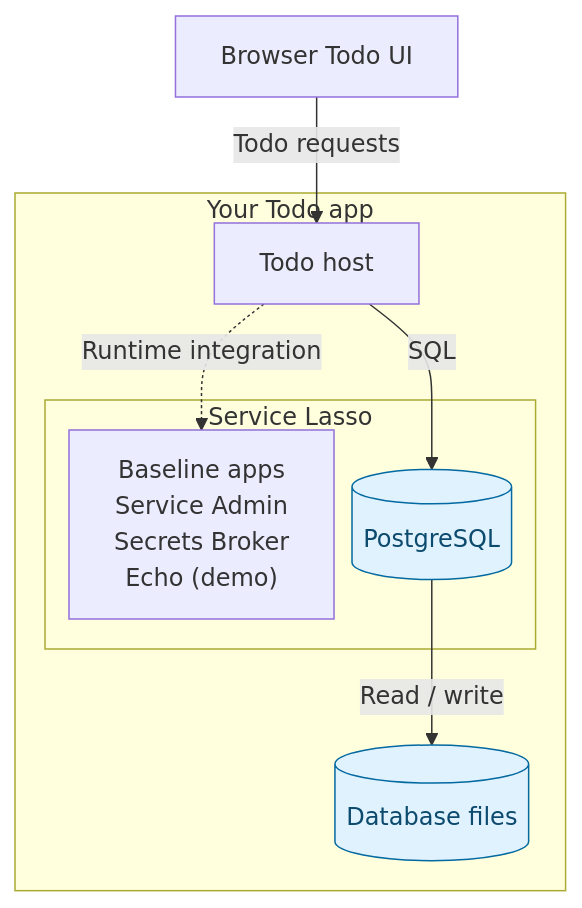
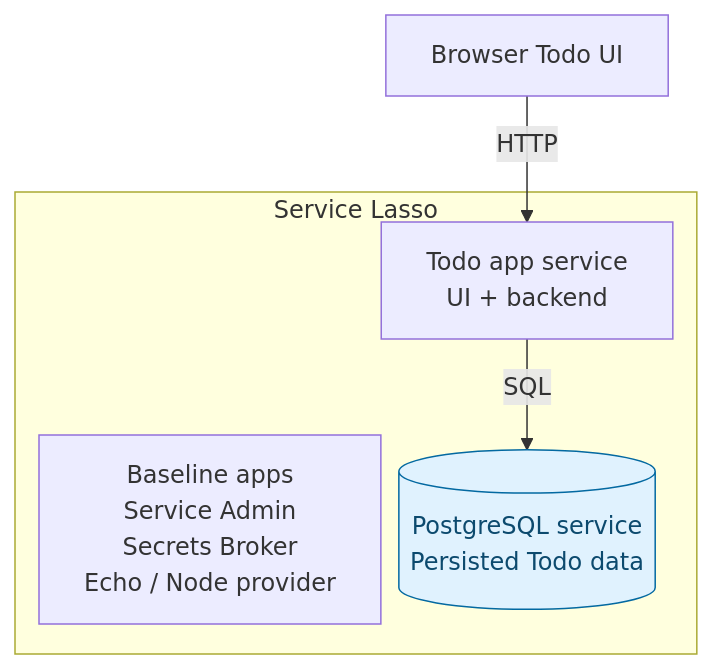
Before and after one commit to service-lasso/service-lasso: the diagram in docs/getting-started/intermediate-make-todo-app-durable.md, drawn with Mermaid. The commit also changed other lines of this file and 23 other files, not shown here.

First line of the commit message:
docs: teach adding real Todo, PostgreSQL and Go API services (#1659)

````diff
--- a/docs/getting-started/intermediate-make-todo-app-durable.md
+++ b/docs/getting-started/intermediate-make-todo-app-durable.md
@@ -16,21 +18,16 @@
 ```mermaid
 %%{init: {"flowchart": {"nodeSpacing": 12, "rankSpacing": 40}}}%%
 flowchart TB
-  accTitle: Stage 2: Todo application and managed services
-  accDescr: The Todo application owns its host and storage. Service Lasso manages Service Admin, Secrets Broker and Echo, with PostgreSQL added in stage 2 and a Go Todo API added in stage 3. Local JSON and database files are storage, not services.
+  accTitle: Stage 2: Add managed PostgreSQL
+  accDescr: Service Lasso manages the Todo app from stage one alongside baseline apps. Stage two adds PostgreSQL. Stage three adds a Go API between the Todo service and database. JSON storage belongs to the Todo service and is not a separate service.
   browser["Browser Todo UI"]
-  subgraph app["Your Todo app"]
-    host["Todo host"]
-    subgraph lasso["Service Lasso"]
-      baseline["Baseline apps<br/>Service Admin<br/>Secrets Broker<br/>Echo (demo)"]
-      db[("PostgreSQL")]
-    end
-    data[("Database files")]
+  subgraph lasso["Service Lasso"]
+    baseline["Baseline apps<br/>Service Admin<br/>Secrets Broker<br/>Echo / Node provider"]
+    todo["Todo app service<br/>UI + backend"]
+    db[("PostgreSQL service<br/>Persisted Todo data")]
   end
-  browser -->|Todo requests| host
-  host -->|SQL| db
-  db -->|Read / write| data
-  host -. Runtime integration .-> baseline
+  browser -->|HTTP| todo
+  todo -->|SQL| db
   classDef added fill:#e0f2fe,stroke:#0369a1,color:#0c4a6e
-  class db,data added
+  class db added
 ```
````
